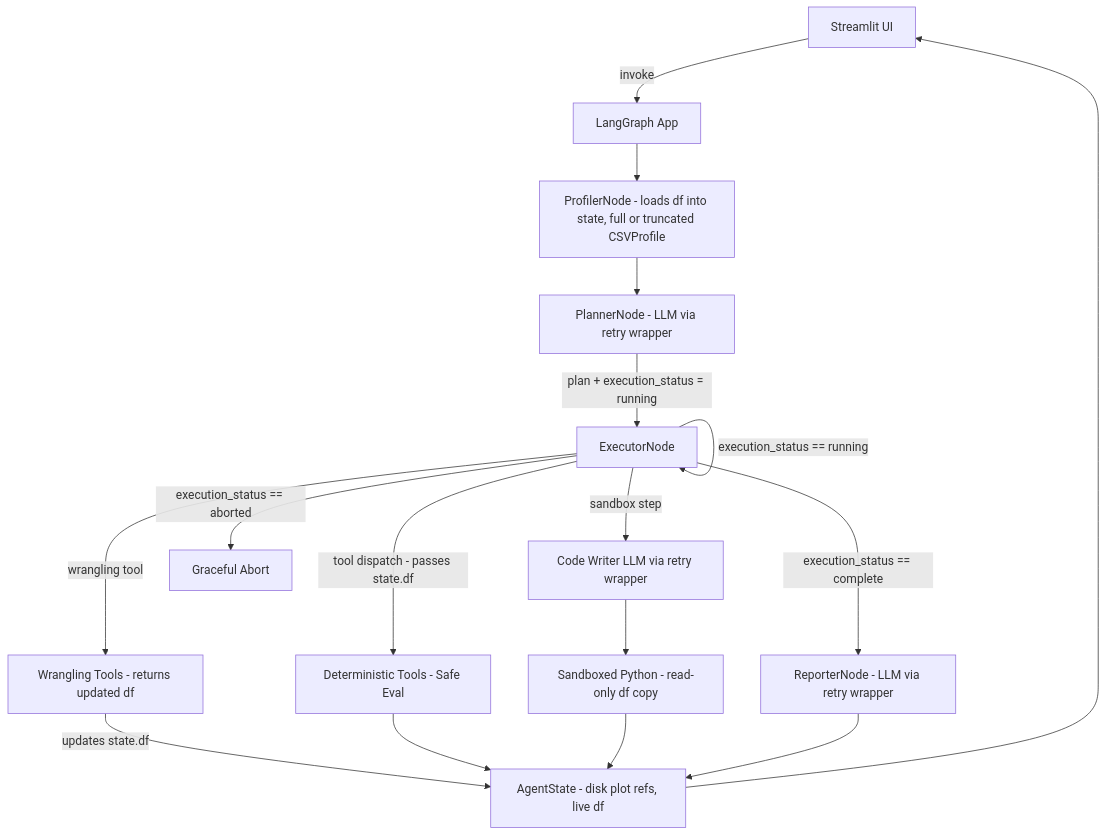
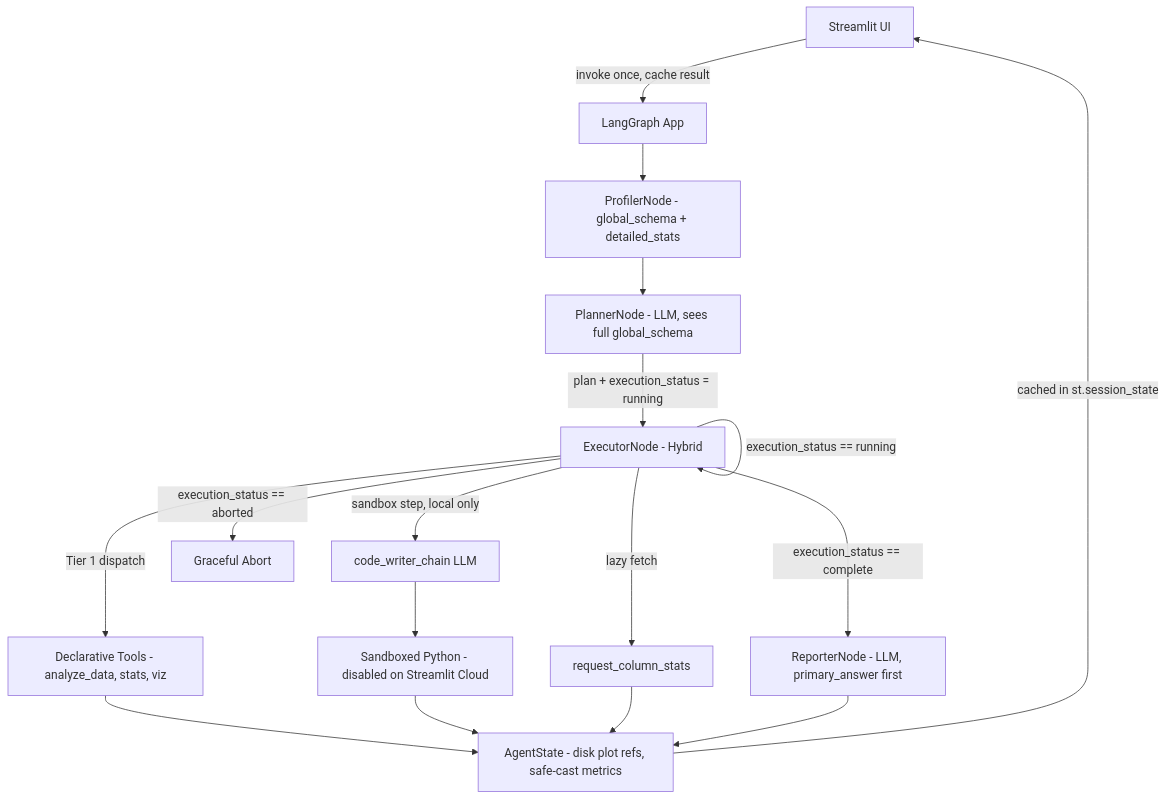
One commit to mohamadmeri/scrygent changed the diagram in docs/ARCHITECTURE.md. Above: the diagram before and after it, drawn with Mermaid. The commit also changed other lines of this file and 3 other files, not shown here.

````diff
--- a/docs/ARCHITECTURE.md
+++ b/docs/ARCHITECTURE.md
@@ -238,19 +285,19 @@
 ```mermaid
 graph TD
-    UI[Streamlit UI] -->|invoke| Graph[LangGraph App]
-    Graph --> Profiler[ProfilerNode - loads df into state, full or truncated CSVProfile]
-    Profiler --> Planner[PlannerNode - LLM via retry wrapper]
-    Planner -->|plan + execution_status = running| Executor[ExecutorNode]
-    Executor -->|tool dispatch - passes state.df| Tools[Deterministic Tools - Safe Eval]
-    Executor -->|wrangling tool| Wrangling[Wrangling Tools - returns updated df]
-    Wrangling -->|updates state.df| State
-    Executor -->|sandbox step| CodeWriter[Code Writer LLM via retry wrapper]
-    CodeWriter --> Sandbox[Sandboxed Python - read-only df copy]
-    Tools --> State[AgentState - disk plot refs, live df]
+    UI[Streamlit UI] -->|invoke once, cache result| Graph[LangGraph App]
+    Graph --> Profiler[ProfilerNode - global_schema + detailed_stats]
+    Profiler --> Planner[PlannerNode - LLM, sees full global_schema]
+    Planner -->|plan + execution_status = running| Executor[ExecutorNode - Hybrid]
+    Executor -->|Tier 1 dispatch| Tools[Declarative Tools - analyze_data, stats, viz]
+    Executor -->|lazy fetch| ColumnStats[request_column_stats]
+    Executor -->|sandbox step, local only| CodeWriter[code_writer_chain LLM]
+    CodeWriter --> Sandbox[Sandboxed Python - disabled on Streamlit Cloud]
+    Tools --> State[AgentState - disk plot refs, safe-cast metrics]
     Sandbox --> State
+    ColumnStats --> State
     Executor -->|execution_status == running| Executor
-    Executor -->|execution_status == complete| Reporter[ReporterNode - LLM via retry wrapper]
+    Executor -->|execution_status == complete| Reporter[ReporterNode - LLM, primary_answer first]
     Executor -->|execution_status == aborted| Abort[Graceful Abort]
     Reporter --> State
-    State --> UI
+    State -->|cached in st.session_state| UI
 ```
````
